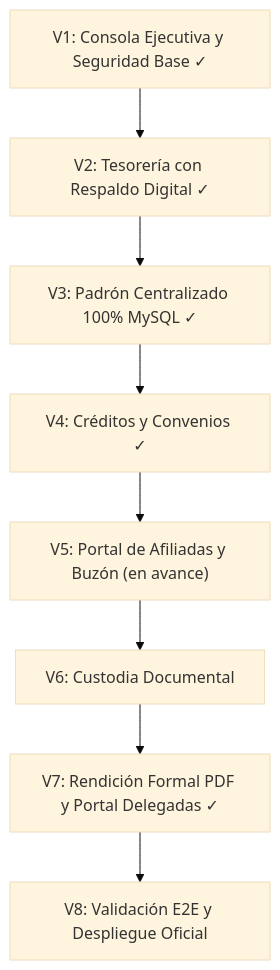
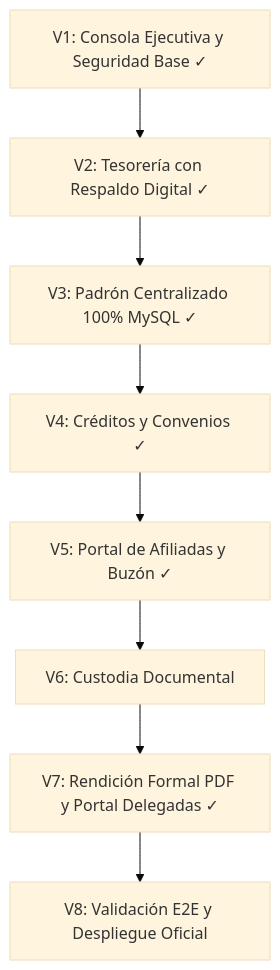
One commit to swix14/dashboard changed the diagram in README.md. Above: the diagram before and after it, drawn with Mermaid (base theme). The commit also changed other lines of this file and 1 other file, not shown here.

Commit message:
docs: V5 terminada con la revisión final del portal en el plan y README

````diff
--- a/README.md
+++ b/README.md
@@ -57,10 +57,10 @@
 ```mermaid
 graph TD
     V1["V1: Consola Ejecutiva y Seguridad Base ✓"] --> V2["V2: Tesorería con Respaldo Digital ✓"]
     V2 --> V3["V3: Padrón Centralizado 100% MySQL ✓"]
     V3 --> V4["V4: Créditos y Convenios ✓"]
-    V4 --> V5["V5: Portal de Afiliadas y Buzón (en avance)"]
+    V4 --> V5["V5: Portal de Afiliadas y Buzón ✓"]
     V5 --> V6["V6: Custodia Documental"]
     V6 --> V7["V7: Rendición Formal PDF y Portal Delegadas ✓"]
     V7 --> V8["V8: Validación E2E y Despliegue Oficial"]
 ```
````
